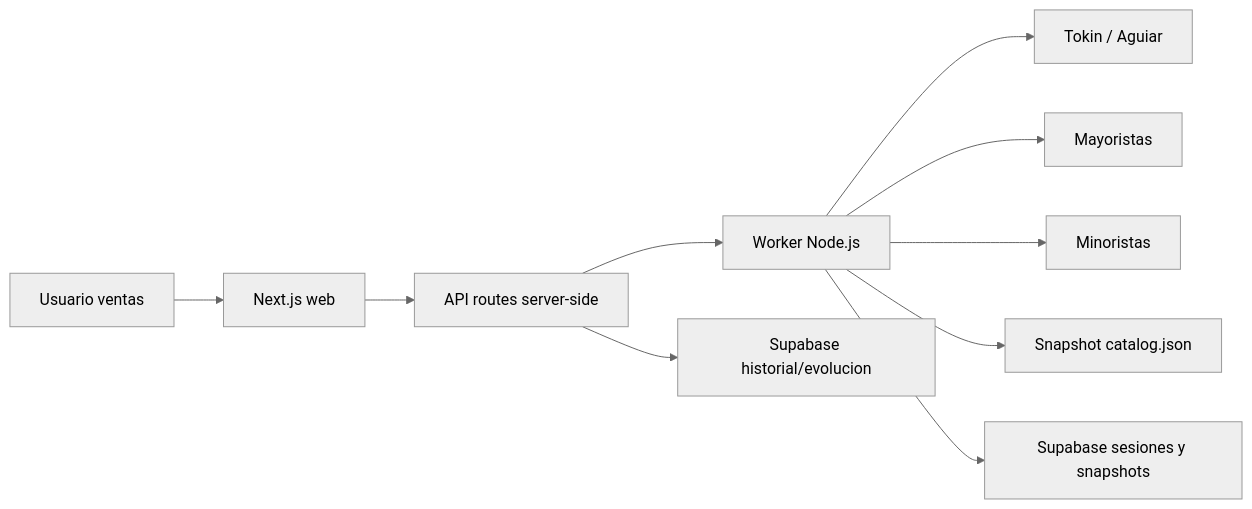
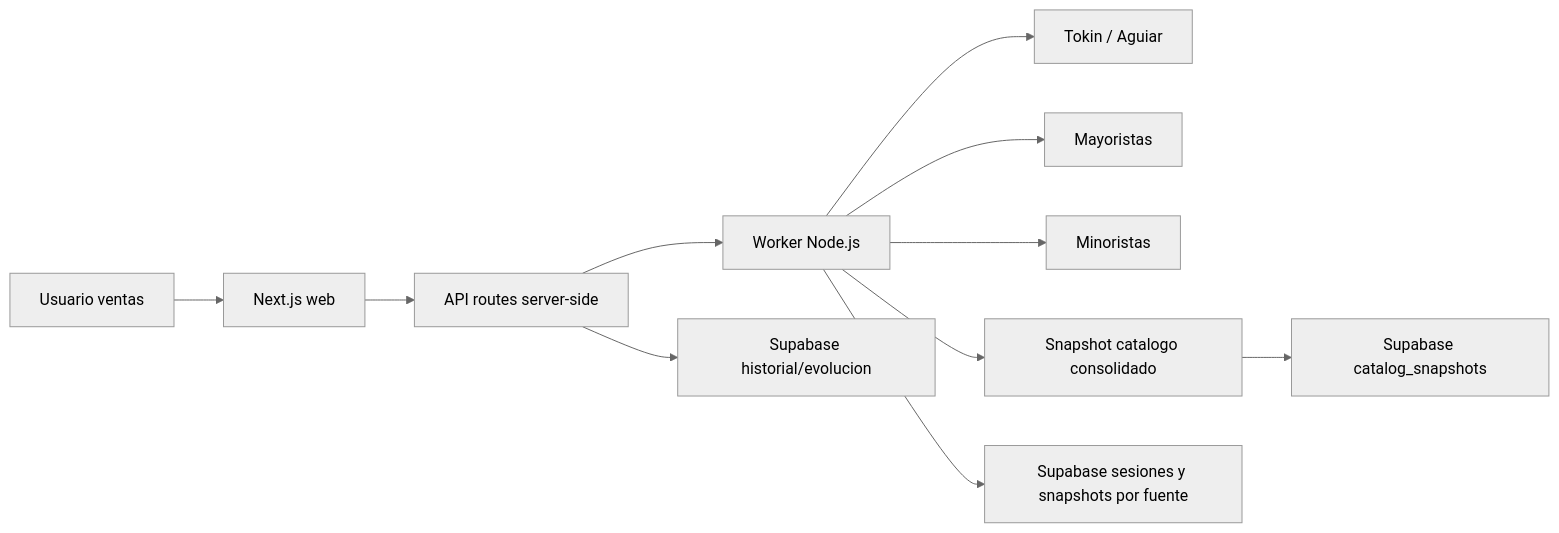
One commit to chicotemaa/preventa changed the diagram in MANUAL.md. Above: the diagram before and after it, drawn with Mermaid (neutral theme). The commit also changed other lines of this file and 8 other files, not shown here.

Commit message:
Persistir catalogo offline en Supabase

````diff
--- a/MANUAL.md
+++ b/MANUAL.md
@@ -265,12 +265,13 @@
 ```mermaid
 flowchart LR
   Usuario["Usuario ventas"] --> Web["Next.js web"]
   Web --> Api["API routes server-side"]
   Api --> Worker["Worker Node.js"]
   Worker --> Tokin["Tokin / Aguiar"]
   Worker --> Mayoristas["Mayoristas"]
   Worker --> Minoristas["Minoristas"]
-  Worker --> Catalogo["Snapshot catalog.json"]
-  Worker --> Supabase["Supabase sesiones y snapshots"]
+  Worker --> Catalogo["Snapshot catalogo consolidado"]
+  Catalogo --> Supabase["Supabase catalog_snapshots"]
+  Worker --> SupabasePrivado["Supabase sesiones y snapshots por fuente"]
   Api --> Supabase2["Supabase historial/evolucion"]
 ```
````
